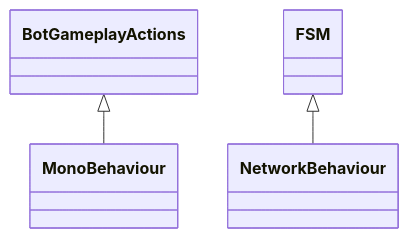
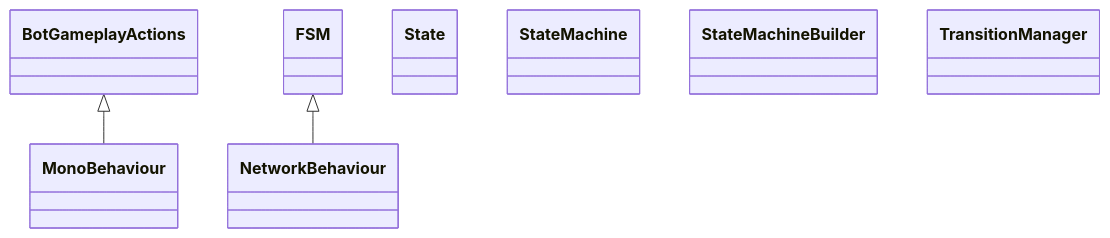
One commit to IAV26-G09/IAV26-G09-P3 changed the third of 3 diagrams in README.md. Above: the diagram before and after it, drawn with Mermaid.

````diff
--- a/README.md
+++ b/README.md
@@ -151,9 +151,9 @@
 ```mermaid
 classDiagram
       BotGameplayActions <|-- MonoBehaviour
       FSM <|-- NetworkBehaviour
-      State
-      StateMachine
-      StateMachineBuilder
-      TransitionManager
+      class State
+      class StateMachine
+      class StateMachineBuilder
+      class TransitionManager
 ```
````
